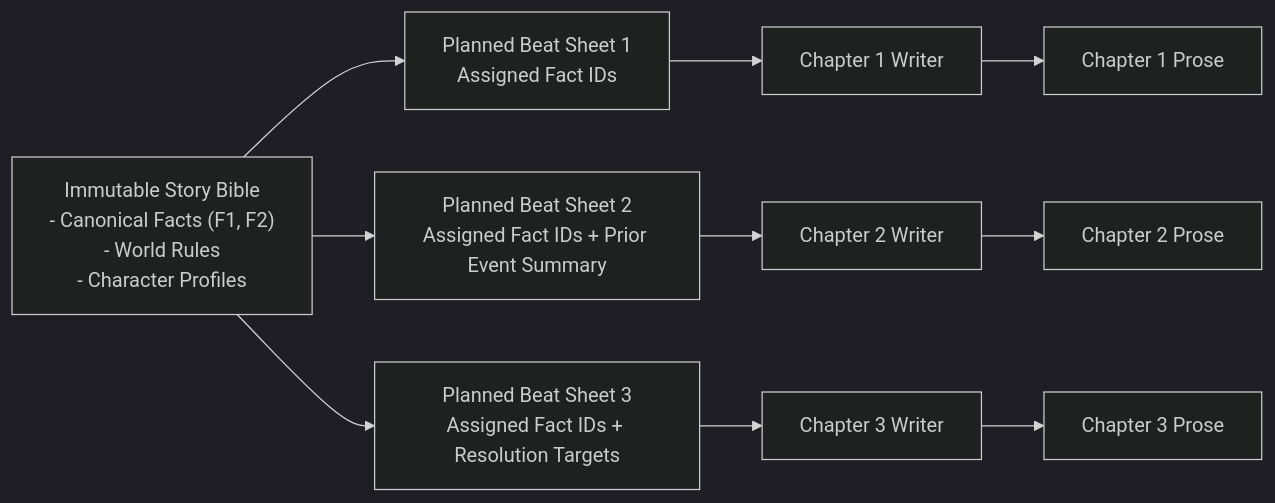
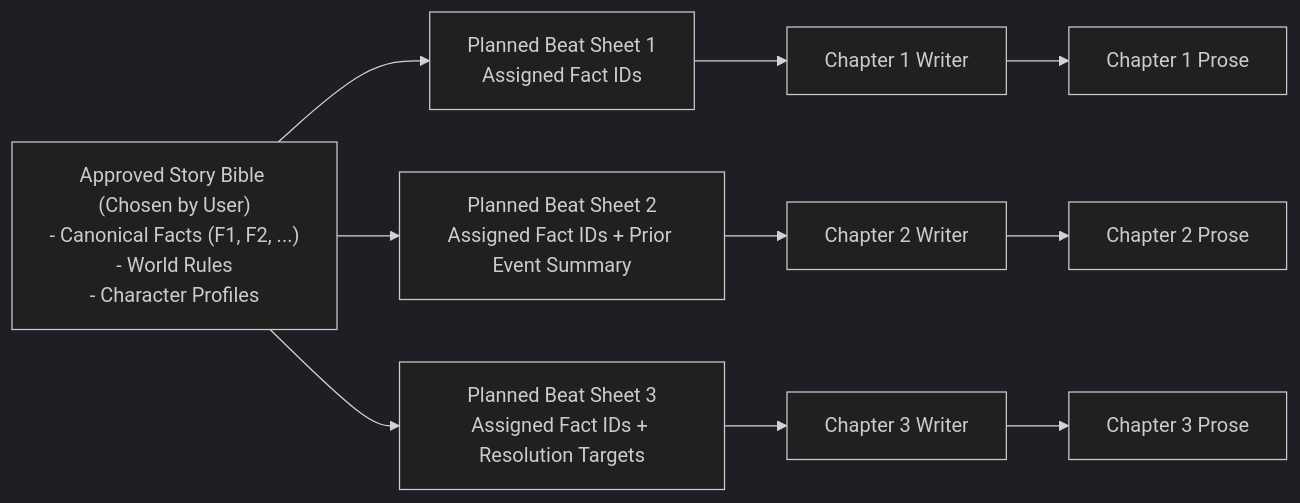
One commit to emmanuelID-cmd/Multi-Agent-Story changed the second of 4 diagrams in docs/multi-agent-workflow.md. Above: the diagram before and after it, drawn with Mermaid (dark theme). The commit also changed other lines of this file and 2 other files, not shown here.

Commit message:
docs(workflow): add conversational AI Showrunner architecture and orchestration runtime flowchart

````diff
--- a/docs/multi-agent-workflow.md
+++ b/docs/multi-agent-workflow.md
@@ -119,16 +136,16 @@
 ```mermaid
 flowchart LR
-    Bible["Immutable Story Bible\n- Canonical Facts (F1, F2)\n- World Rules\n- Character Profiles"]
+    Bible["Approved Story Bible (Chosen by User)\n- Canonical Facts (F1, F2, ...)\n- World Rules\n- Character Profiles"]
 
     Handoff1["Planned Beat Sheet 1\nAssigned Fact IDs"]
     Handoff2["Planned Beat Sheet 2\nAssigned Fact IDs + Prior Event Summary"]
     Handoff3["Planned Beat Sheet 3\nAssigned Fact IDs + Resolution Targets"]
 
     Bible --> Handoff1 --> W1["Chapter 1 Writer"]
     Bible --> Handoff2 --> W2["Chapter 2 Writer"]
     Bible --> Handoff3 --> W3["Chapter 3 Writer"]
 
     W1 --> Ch1["Chapter 1 Prose"]
     W2 --> Ch2["Chapter 2 Prose"]
     W3 --> Ch3["Chapter 3 Prose"]
 ```
````
